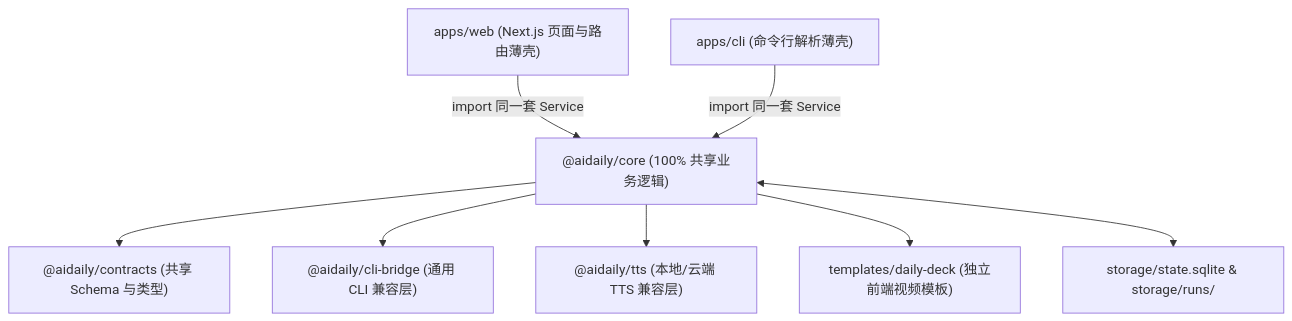
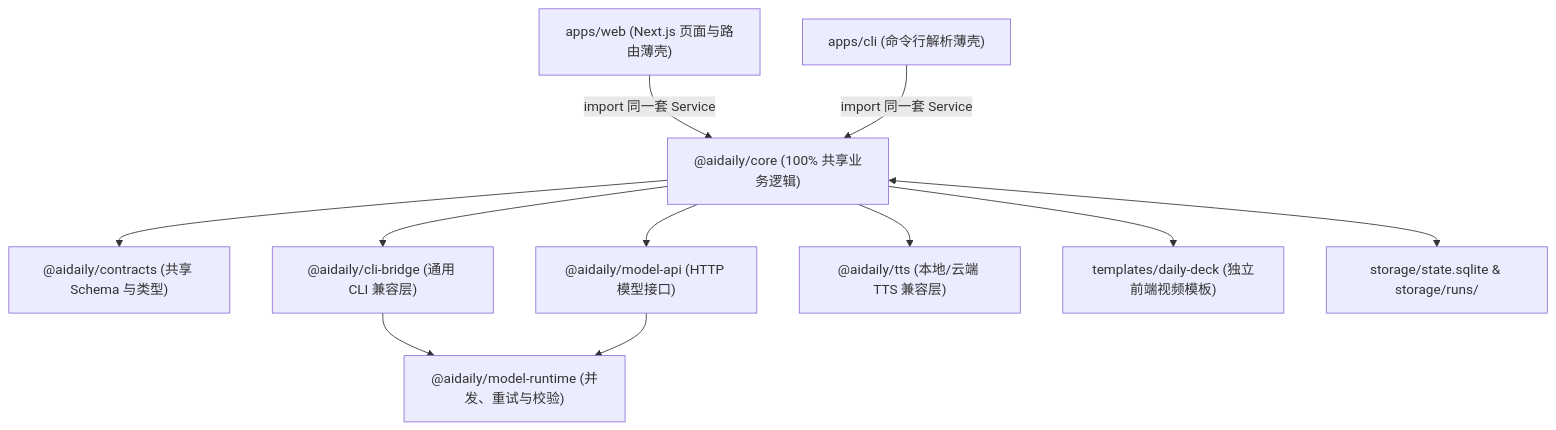
Before and after one commit to SATA260/AutoNews: the diagram in docs/项目架构说明.md, drawn with Mermaid. The commit also changed other lines of this file and 43 other files, not shown here.

````diff
--- a/docs/项目架构说明.md
+++ b/docs/项目架构说明.md
@@ -47,11 +49,14 @@
 ```mermaid
 flowchart TD
     Web["apps/web (Next.js 页面与路由薄壳)"] -->|"import 同一套 Service"| Core["@aidaily/core (100% 共享业务逻辑)"]
     CLI["apps/cli (命令行解析薄壳)"] -->|"import 同一套 Service"| Core
 
     Core --> Contracts["@aidaily/contracts (共享 Schema 与类型)"]
     Core --> Bridge["@aidaily/cli-bridge (通用 CLI 兼容层)"]
+    Core --> Api["@aidaily/model-api (HTTP 模型接口)"]
+    Bridge --> Runtime["@aidaily/model-runtime (并发、重试与校验)"]
+    Api --> Runtime
     Core --> TTS["@aidaily/tts (本地/云端 TTS 兼容层)"]
     Core --> Tpl["templates/daily-deck (独立前端视频模板)"]
     Core <--> DB["storage/state.sqlite & storage/runs/"]
 ```
````
